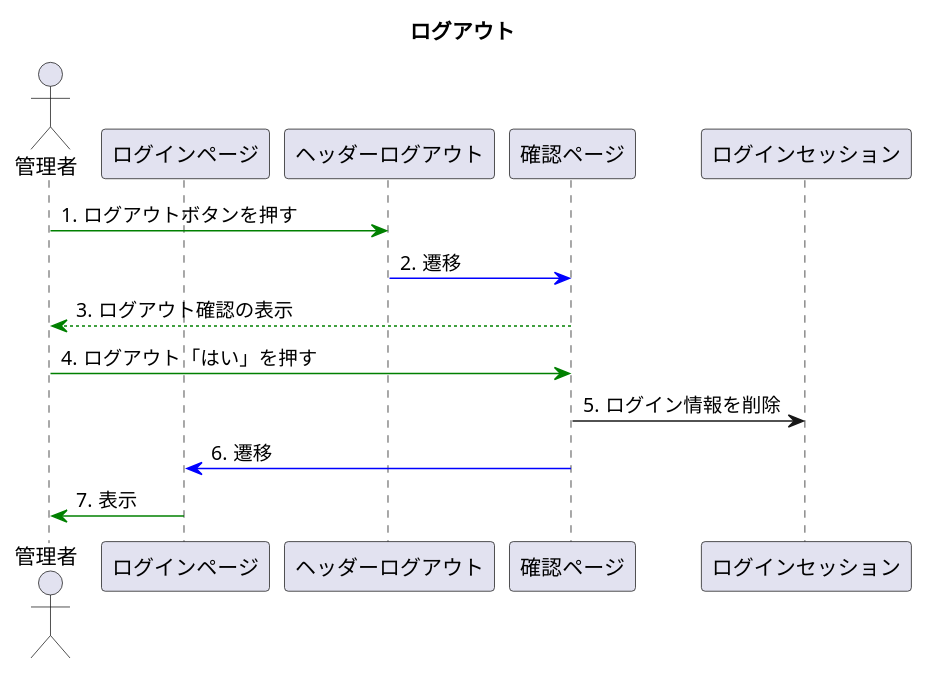
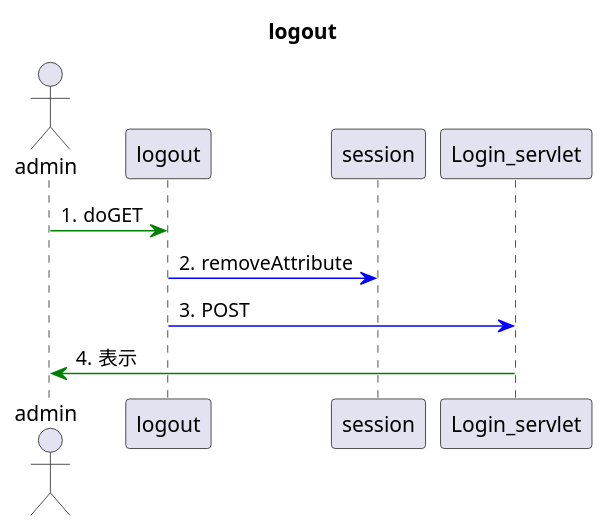
Before and after one commit to toufu66/ProjectC: the diagram in uml_detail/seq_logout.pu, drawn with PlantUML. The commit also changed 1 other file, not shown here.

Commit message:
シーケンス図

```diff
--- a/uml_detail/seq_logout.pu
+++ b/uml_detail/seq_logout.pu
@@ -1,20 +1,17 @@
 @startuml
 
-title ログアウト
+title logout
 
 autonumber "#."
 
-actor 管理者
-participant ログインページ
-participant ヘッダーログアウト
-participant 確認ページ
-participant ログインセッション
+actor admin
+participant logout
 
-管理者 -[#green]> ヘッダーログアウト:ログアウトボタンを押す
-ヘッダーログアウト-[#blue]> 確認ページ:遷移
-確認ページ --[#green]> 管理者:ログアウト確認の表示
-管理者 -[#green]> 確認ページ:ログアウト「はい」を押す
-確認ページ-> ログインセッション:ログイン情報を削除
-確認ページ-[#blue]> ログインページ:遷移
-ログインページ -[#green]> 管理者:表示
+participant session
+admin -[#green]> logout:doGET
+logout-[#blue]> session:removeAttribute
+logout-[#blue]> Login_servlet:POST
+Login_servlet-[#green]> admin:表示
+
+
 @enduml
```
